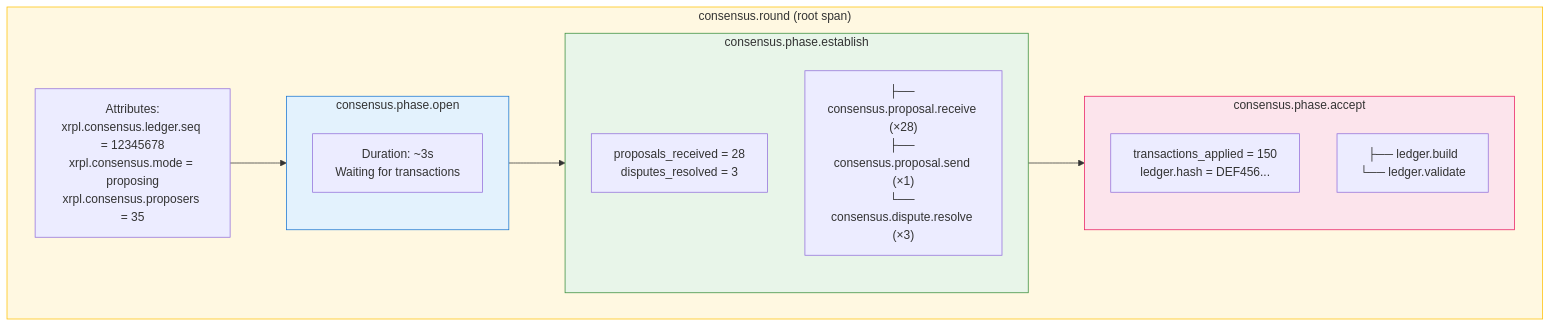
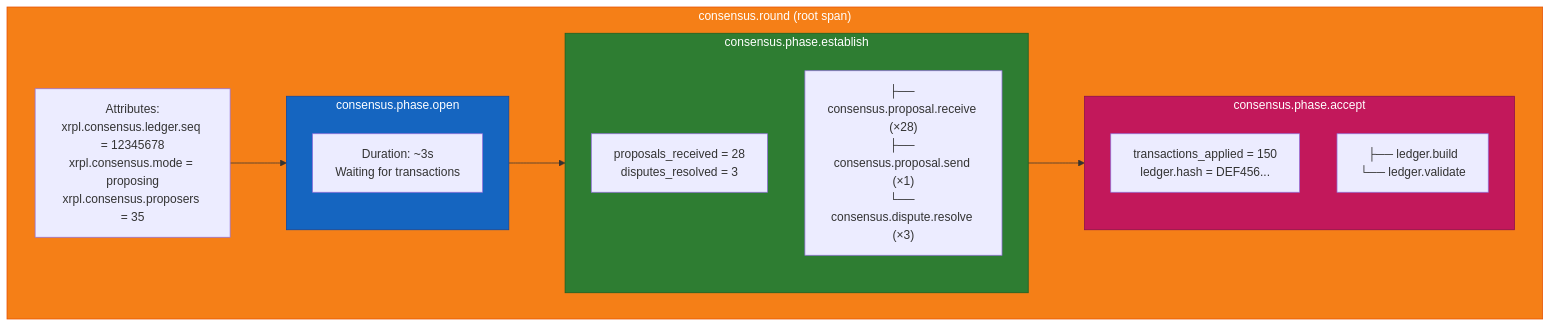
Before and after one commit to XRPL-Node/rippled: the third of 6 diagrams in OpenTelemetryPlan/01-architecture-analysis.md, drawn with Mermaid. The commit also changed other lines of this file and 8 other files, not shown here.

````diff
--- a/OpenTelemetryPlan/01-architecture-analysis.md
+++ b/OpenTelemetryPlan/01-architecture-analysis.md
@@ -115,29 +115,29 @@
 ```mermaid
 flowchart TB
     subgraph round["consensus.round (root span)"]
         attrs["Attributes:<br/>xrpl.consensus.ledger.seq = 12345678<br/>xrpl.consensus.mode = proposing<br/>xrpl.consensus.proposers = 35"]
 
         subgraph open["consensus.phase.open"]
             open_desc["Duration: ~3s<br/>Waiting for transactions"]
         end
 
         subgraph establish["consensus.phase.establish"]
             est_attrs["proposals_received = 28<br/>disputes_resolved = 3"]
             est_children["├── consensus.proposal.receive (×28)<br/>├── consensus.proposal.send (×1)<br/>└── consensus.dispute.resolve (×3)"]
         end
 
         subgraph accept["consensus.phase.accept"]
             acc_attrs["transactions_applied = 150<br/>ledger.hash = DEF456..."]
             acc_children["├── ledger.build<br/>└── ledger.validate"]
         end
 
         attrs --> open
         open --> establish
         establish --> accept
     end
 
-    style round fill:#fff8e1,stroke:#ffc107
-    style open fill:#e3f2fd,stroke:#1976d2
-    style establish fill:#e8f5e9,stroke:#388e3c
-    style accept fill:#fce4ec,stroke:#e91e63
+    style round fill:#f57f17,stroke:#e65100,color:#ffffff
+    style open fill:#1565c0,stroke:#0d47a1,color:#ffffff
+    style establish fill:#2e7d32,stroke:#1b5e20,color:#ffffff
+    style accept fill:#c2185b,stroke:#880e4f,color:#ffffff
 ```
````
